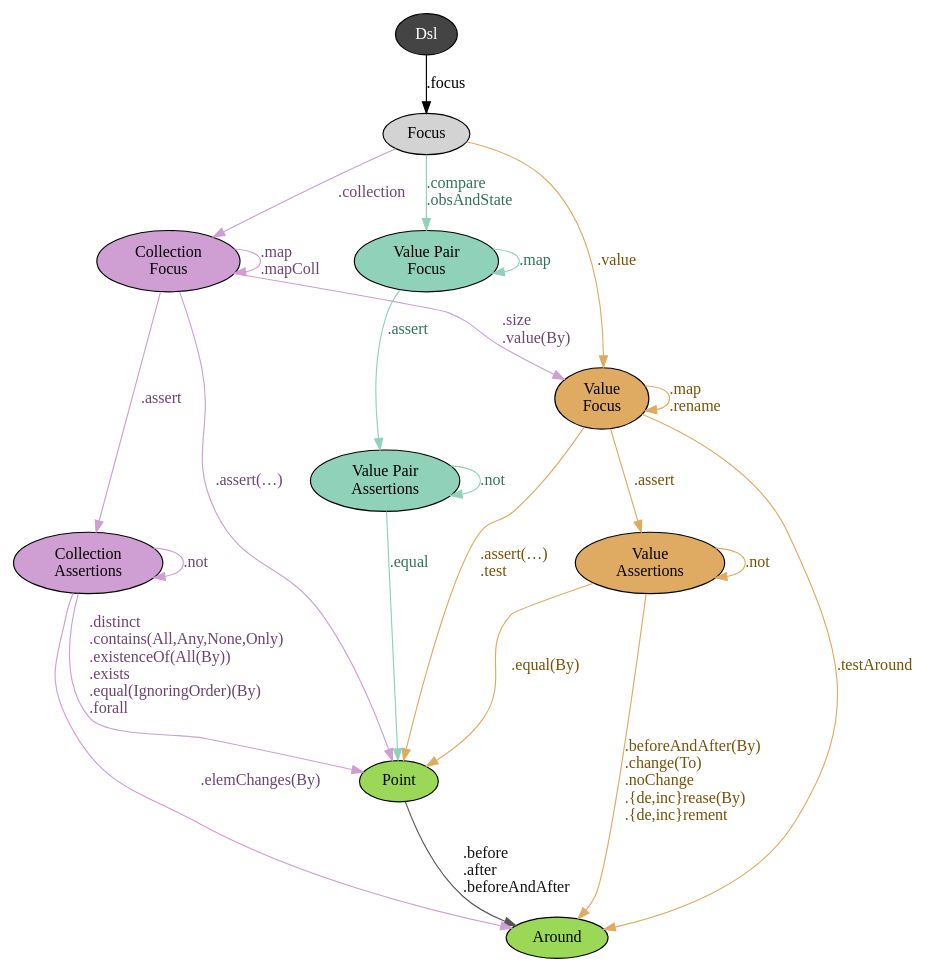
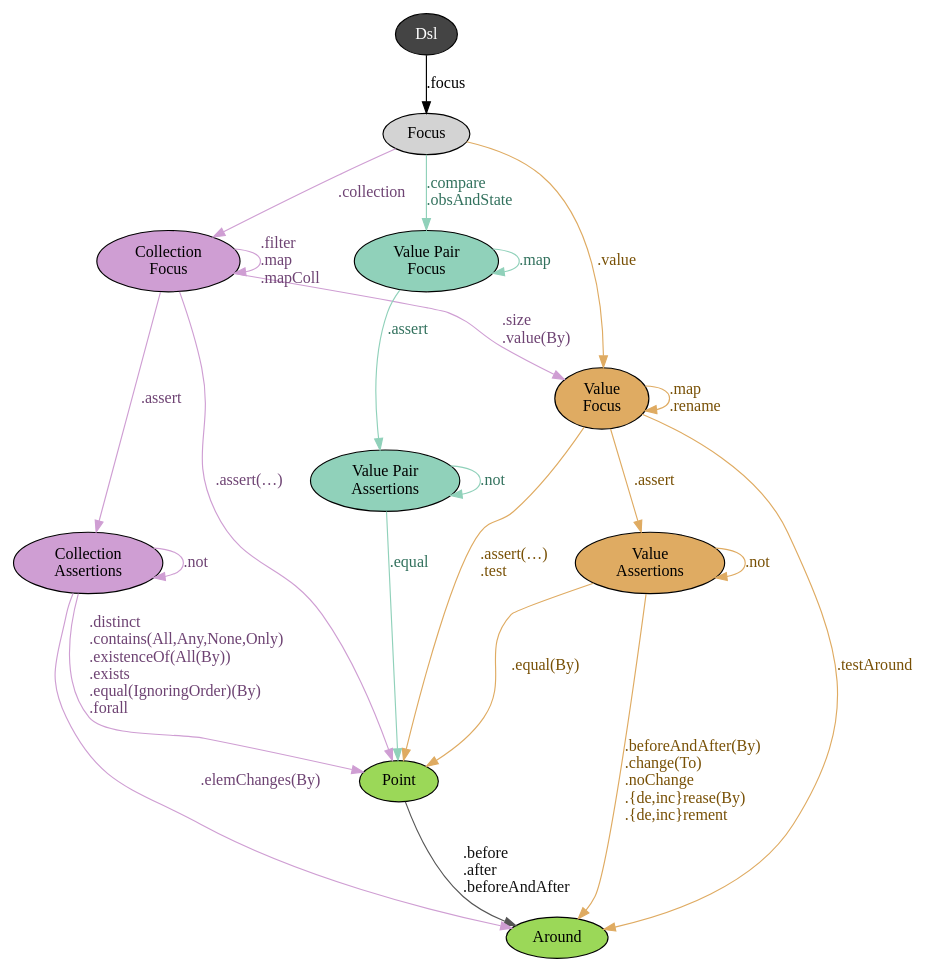
One commit to japgolly/test-state changed the diagram in doc/dsl-focus.gv. Above: the diagram before and after it, drawn with Graphviz. The commit also changed 3 other files, not shown here.

```diff
--- a/doc/dsl-focus.gv
+++ b/doc/dsl-focus.gv
@@ -1,72 +1,72 @@
 digraph G {
 node[style=filled]
 //edge[minlen=2]
 
 root [fillcolor="#444444" fontcolor=white label="Dsl"]
 
 {
 node[fillcolor="#9BD858"] edge[color="#9BD858" fontcolor="#377700"]
 Point  [label="Point"]
 Around [label="Around"]
 Point -> Around [color="#555555" fontcolor="#111111" label=".before\l.after\l.beforeAndAfter\l"]
 }
 
 // root -> focus,transformer
 // root -> emptyPlan,emptyTest
 
 /*
 root -> Action [label=".chooseAction(Attempt)\l.emptyAction\l.print\l"]
 root -> Around [label=".around\l.chooseAround(Attempt)\l.emptyAround\l.testAround\l"]
 root -> Point  [label=".choosePoint(Attempt)\l.point\l.test\l"]
 root -> Invariant [label=".chooseInvariant(Attempt)\l.emptyInvariant\l"]
 
 root -> action [label=".action"]
 action -> Action [label=".apply\l.attempt\l.update(By)\l.full\l"]
 */
 
 
 // node[style=filled fillcolor="#ffcccc"]
 // edge[color="#bb8888" fontcolor="#772222"]
 
 root -> Focus [label=".focus\l"]
 
 node[fillcolor="#DFAB62"] edge[color="#DFAB62" fontcolor="#785005"]
 FocusValue [label="Value\nFocus"]
 FocusValueAO [label="Value\nAssertions"]
 Focus        -> FocusValue   [label=".value\l"]
 FocusValue   -> FocusValue   [label=".map\l.rename\l"]
 FocusValue   -> FocusValueAO [label=".assert\l"]
 FocusValueAO -> FocusValueAO [label=".not\l"]
 FocusValue   -> Point        [label=".assert(…)\l.test\l"]
 FocusValueAO -> Point        [label=".equal(By)\l"]
 FocusValue   -> Around       [label=".testAround\l"]
 FocusValueAO -> Around       [label=".beforeAndAfter(By)\l.change(To)\l.noChange\l.{de,inc}rease(By)\l.{de,inc}rement\l"]
 
 node[fillcolor="#CF9ED3"] edge[color="#CF9ED3" fontcolor="#6e4373"]
 FocusColl [label="Collection\nFocus"]
 FocusCollAO [label="Collection\nAssertions"]
 Focus       -> FocusColl   [label=".collection\l"]
-FocusColl   -> FocusColl   [label=".map\l.mapColl\l"]
+FocusColl   -> FocusColl   [label=".filter\l.map\l.mapColl\l"]
 FocusColl   -> FocusCollAO [label=".assert\l"]
 FocusColl   -> FocusValue  [label=".size\l.value(By)\l"]
 FocusCollAO -> FocusCollAO [label=".not\l"]
 FocusColl   -> Point       [label=".assert(…)\l"]
 FocusCollAO -> Point       [label=".distinct\l.contains(All,Any,None,Only)\l.existenceOf(All(By))\l.exists\l.equal(IgnoringOrder)(By)\l.forall\l"]
 FocusCollAO -> Around      [label=".elemChanges(By)\l"]
 
 node[fillcolor="#90D1BA"] edge[color="#90D1BA" fontcolor="#32715d"]
 BiFocus [label="Value Pair\nFocus"]
 BiFocusAO [label="Value Pair\nAssertions"]
 Focus       -> BiFocus     [label=".compare\l.obsAndState\l"]
 BiFocus     -> BiFocus     [label=".map\l"]
 BiFocus     -> BiFocusAO   [label=".assert\l"]
 BiFocusAO   -> BiFocusAO   [label=".not\l"]
 BiFocusAO   -> Point       [label=".equal\l"]
 /*
 ObsAndState [label="Value Pair\nFocus"]
 Focus       -> ObsAndState [label=".obsAndState\l"]
 ObsAndState -> ObsAndState [label=".map\l"]
 ObsAndState -> BiFocus     [style=dashed label="<extends>"]
 ObsAndState -> FocusValue  [label=".obs\l.state\l"]
 */
 }
```
